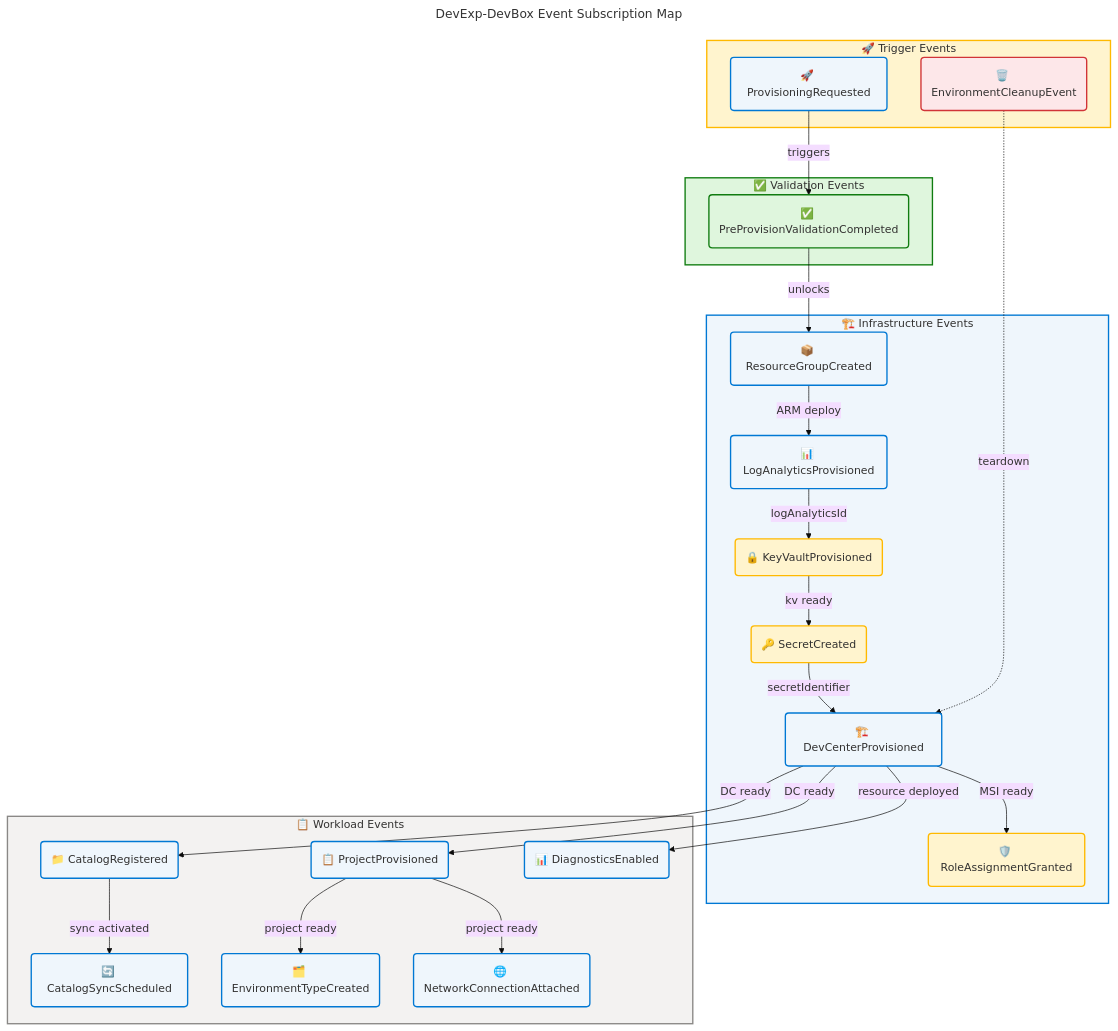
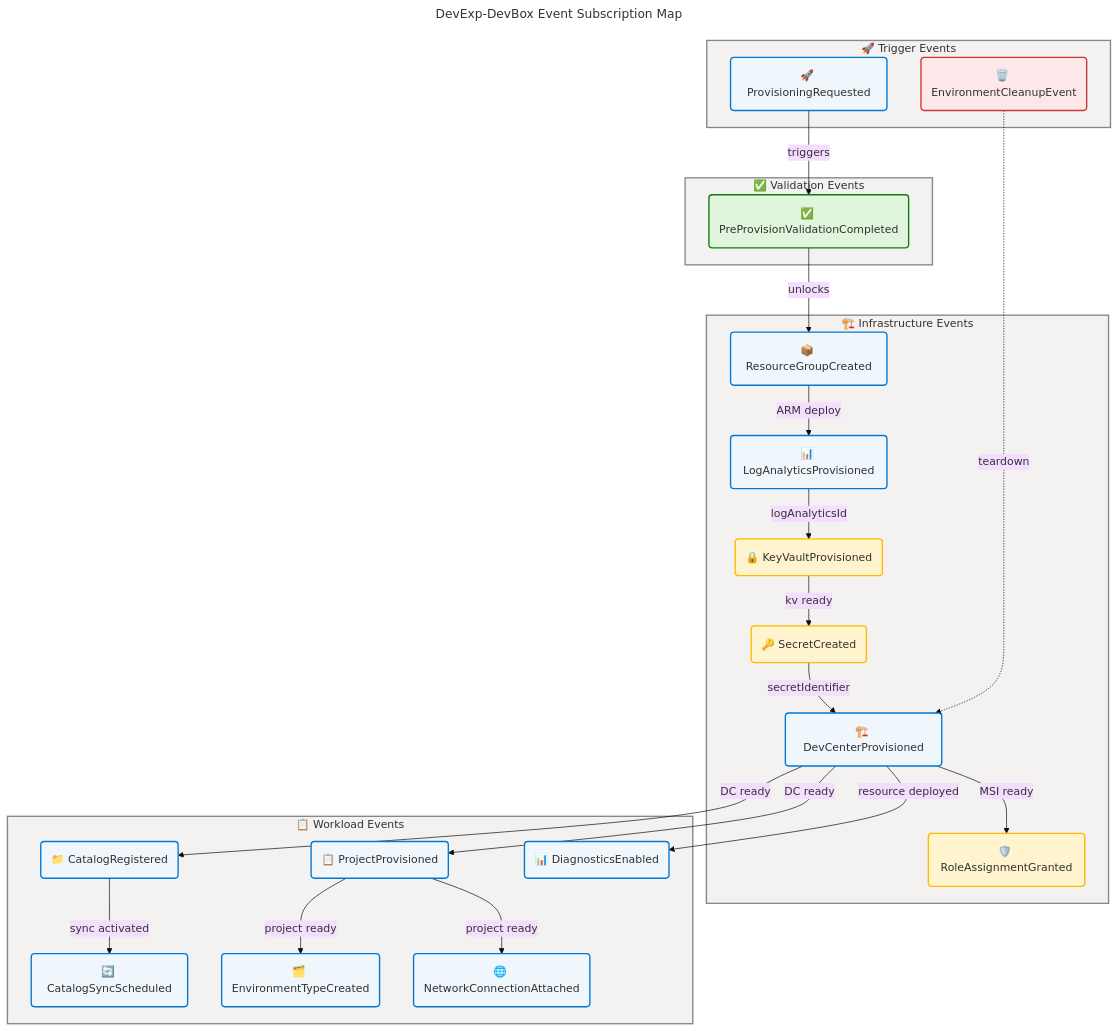
Before and after one commit to Evilazaro/DevExp-DevBox: the seventh of 7 diagrams in docs/architecture/application-architecture.md, drawn with Mermaid. The commit also changed other lines of this file, not shown here.

Commit message:
refactor: Update Mermaid diagram styles for improved visual consistency in application architecture

````diff
--- a/docs/architecture/application-architecture.md
+++ b/docs/architecture/application-architecture.md
@@ -1460,79 +1460,79 @@
 ```mermaid
 ---
 title: "DevExp-DevBox Event Subscription Map"
 config:
   theme: base
   look: classic
   layout: dagre
   themeVariables:
     fontSize: '16px'
   flowchart:
     htmlLabels: true
 ---
 flowchart TB
     accTitle: DevExp-DevBox Event Subscription Map
     accDescr: Lifecycle events and their propagation through the provisioning pipeline
 
 %% ═══════════════════════════════════════════════════════════════════════════
 %% AZURE / FLUENT ARCHITECTURE PATTERN v1.1
 %% (Semantic + Structural + Font + Accessibility Governance)
 %% ═══════════════════════════════════════════════════════════════════════════
 %% PHASE 1 - FLUENT UI: All styling uses approved Fluent UI palette only
 %% PHASE 2 - GROUPS: Every subgraph has semantic color via style directive
 %% PHASE 3 - COMPONENTS: Every node has semantic classDef + icon prefix
 %% PHASE 4 - ACCESSIBILITY: accTitle/accDescr present, WCAG AA contrast
 %% PHASE 5 - STANDARD: Governance block present, classDefs centralized
 %% ═══════════════════════════════════════════════════════════════════════════
 
     subgraph TriggerEvts["🚀 Trigger Events"]
         EvtPR("🚀 ProvisioningRequested"):::core
         EvtClean("🗑️ EnvironmentCleanupEvent"):::danger
     end
 
     subgraph ValidationEvts["✅ Validation Events"]
         EvtVal("✅ PreProvisionValidationCompleted"):::success
     end
 
     subgraph InfraEvts["🏗️ Infrastructure Events"]
         EvtRG("📦 ResourceGroupCreated"):::core
         EvtLA("📊 LogAnalyticsProvisioned"):::core
         EvtKV("🔒 KeyVaultProvisioned"):::warning
         EvtSec("🔑 SecretCreated"):::warning
         EvtDC("🏗️ DevCenterProvisioned"):::core
         EvtRBAC("🛡️ RoleAssignmentGranted"):::warning
     end
 
     subgraph WorkloadEvts["📋 Workload Events"]
         EvtCat("📁 CatalogRegistered"):::core
         EvtSync("🔄 CatalogSyncScheduled"):::core
         EvtProj("📋 ProjectProvisioned"):::core
         EvtEnv("🗂️ EnvironmentTypeCreated"):::core
         EvtNet("🌐 NetworkConnectionAttached"):::core
         EvtDiag("📊 DiagnosticsEnabled"):::core
     end
 
     EvtPR -->|"triggers"| EvtVal
     EvtVal -->|"unlocks"| EvtRG
     EvtRG -->|"ARM deploy"| EvtLA
     EvtLA -->|"logAnalyticsId"| EvtKV
     EvtKV -->|"kv ready"| EvtSec
     EvtSec -->|"secretIdentifier"| EvtDC
     EvtDC -->|"MSI ready"| EvtRBAC
     EvtDC -->|"DC ready"| EvtCat
     EvtCat -->|"sync activated"| EvtSync
     EvtDC -->|"DC ready"| EvtProj
     EvtProj -->|"project ready"| EvtEnv
     EvtProj -->|"project ready"| EvtNet
     EvtDC -->|"resource deployed"| EvtDiag
     EvtClean -.->|"teardown"| EvtDC
 
-    style TriggerEvts fill:#FFF4CE,stroke:#FFB900,stroke-width:2px,color:#323130
-    style ValidationEvts fill:#DFF6DD,stroke:#107C10,stroke-width:2px,color:#323130
-    style InfraEvts fill:#EFF6FC,stroke:#0078D4,stroke-width:2px,color:#323130
+    style TriggerEvts fill:#F3F2F1,stroke:#8A8886,stroke-width:2px,color:#323130
+    style ValidationEvts fill:#F3F2F1,stroke:#8A8886,stroke-width:2px,color:#323130
+    style InfraEvts fill:#F3F2F1,stroke:#8A8886,stroke-width:2px,color:#323130
     style WorkloadEvts fill:#F3F2F1,stroke:#8A8886,stroke-width:2px,color:#323130
 
     classDef core fill:#EFF6FC,stroke:#0078D4,stroke-width:2px,color:#323130
     classDef success fill:#DFF6DD,stroke:#107C10,stroke-width:2px,color:#323130
     classDef warning fill:#FFF4CE,stroke:#FFB900,stroke-width:2px,color:#323130
     classDef danger fill:#FDE7E9,stroke:#D13438,stroke-width:2px,color:#323130
 ```
````
